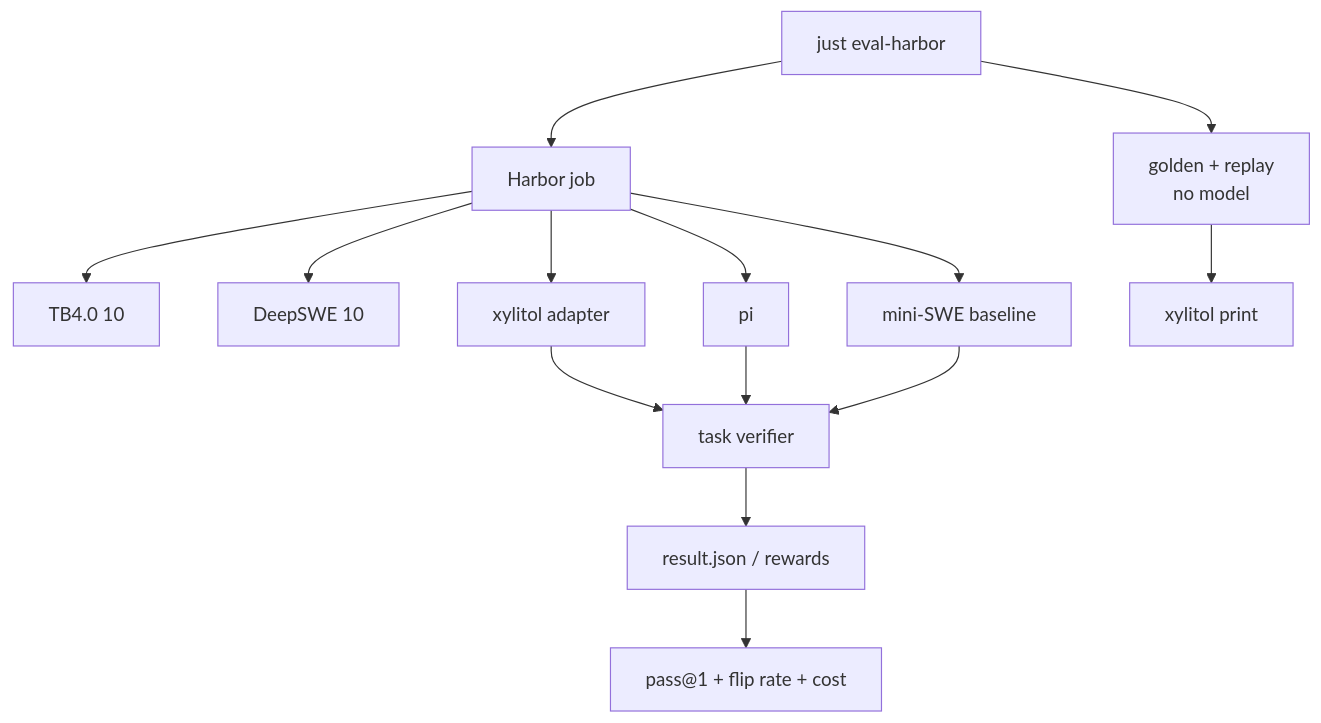
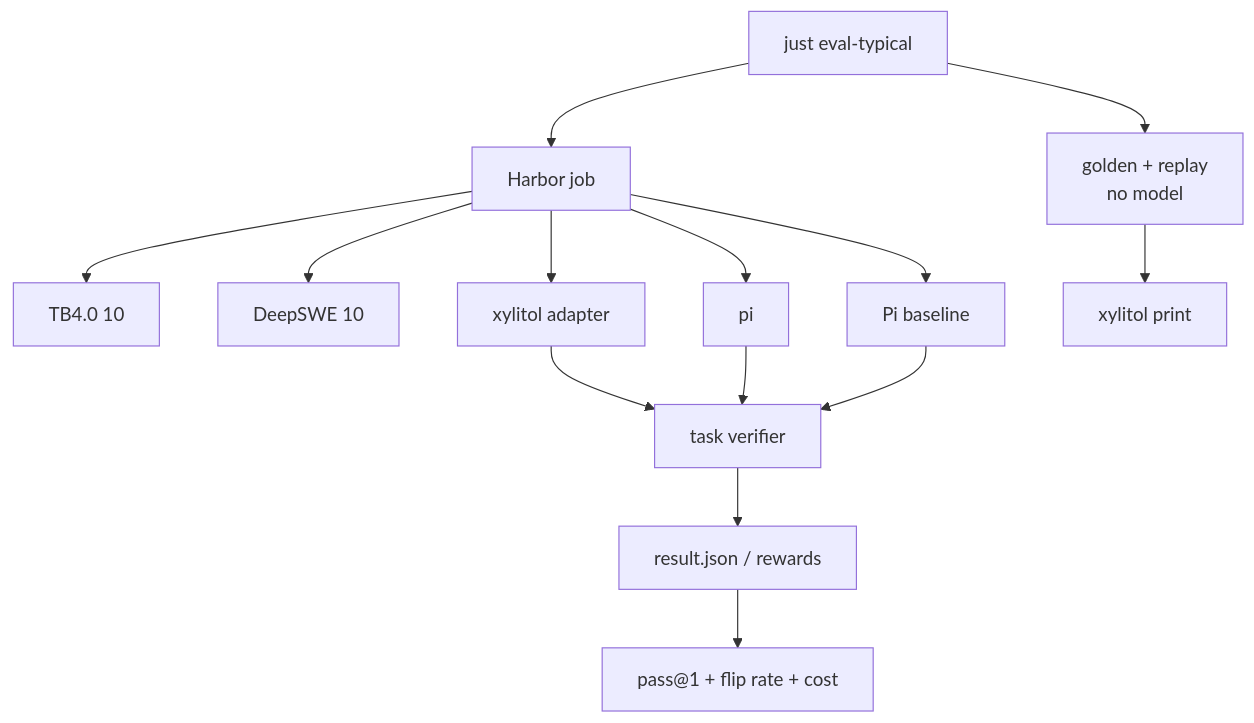
One commit to StrayDragon/xylitol changed the diagram in llmanspec/changes/c3006-add-minimal-eval-harness/design.md. Above: the diagram before and after it, drawn with Mermaid. The commit also changed other lines of this file and 13 other files, not shown here.

First line of the commit message:
chore(eval): narrow typical set to xylitol vs Pi

````diff
--- a/llmanspec/changes/c3006-add-minimal-eval-harness/design.md
+++ b/llmanspec/changes/c3006-add-minimal-eval-harness/design.md
@@ -31,16 +31,16 @@
 ```mermaid
 flowchart TB
-  CLI["just eval-harbor"] --> H["Harbor job"]
+  CLI["just eval-typical"] --> H["Harbor job"]
   H --> D2["TB4.0 10"]
   H --> D3["DeepSWE 10"]
   H --> A1["xylitol adapter"]
   H --> A2["pi"]
-  H --> A3["mini-SWE baseline"]
+  H --> A3["Pi baseline"]
   A1 --> V["task verifier"]
   A2 --> V
   A3 --> V
   V --> R["result.json / rewards"]
   R --> M["pass@1 + flip rate + cost"]
   CLI --> G["golden + replay<br/>no model"]
   G --> P["xylitol print"]
 ```
````
